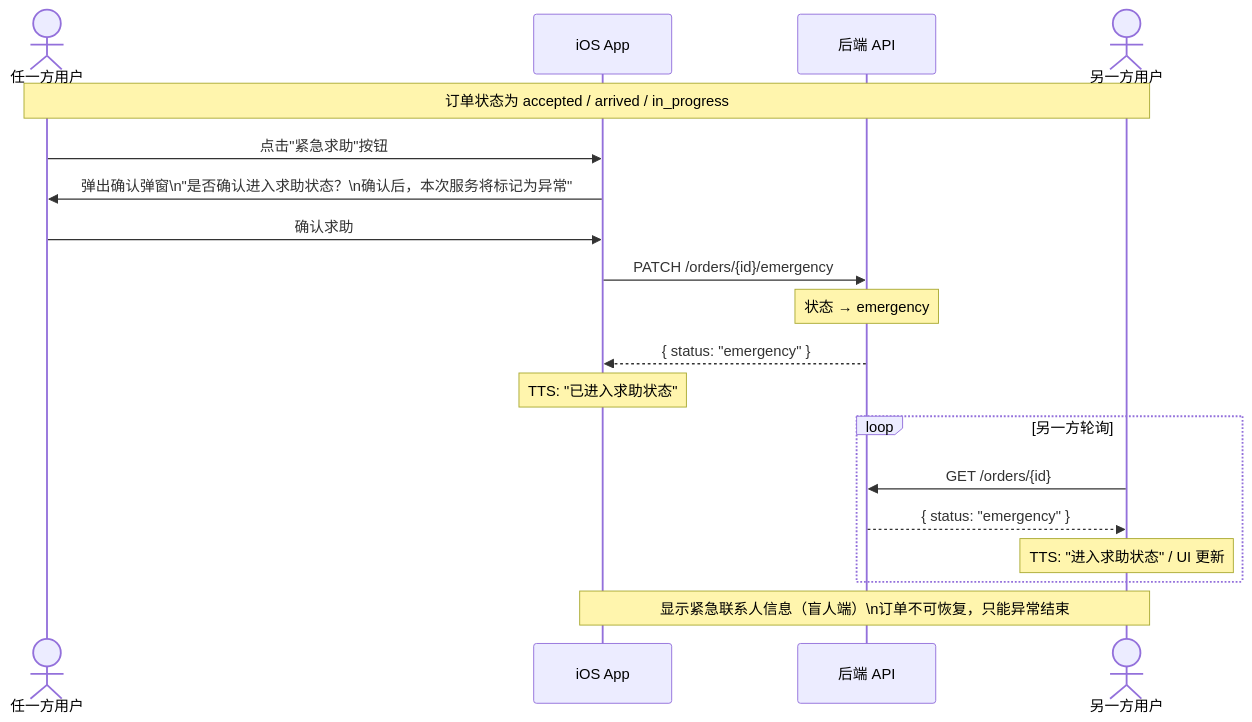
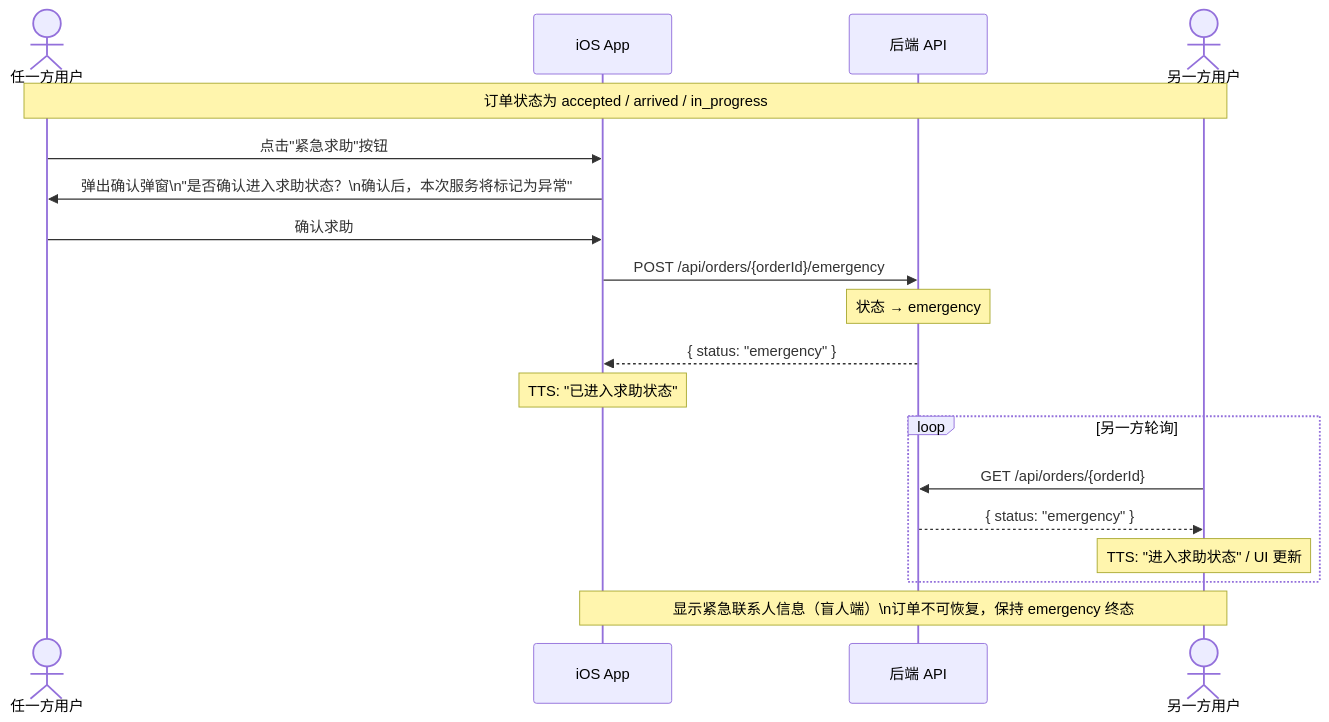
Before and after one commit to Jayden23018/blind-run-ios: the fifth of 7 diagrams in docs/04-user-flows-and-state-machine.md, drawn with Mermaid. The commit also changed other lines of this file and 8 other files, not shown here.

````diff
--- a/docs/04-user-flows-and-state-machine.md
+++ b/docs/04-user-flows-and-state-machine.md
@@ -234,26 +232,26 @@
 ```mermaid
 sequenceDiagram
     actor User as 任一方用户
     participant App as iOS App
     participant API as 后端 API
     actor Other as 另一方用户
 
     Note over User,Other: 订单状态为 accepted / arrived / in_progress
 
     User->>App: 点击"紧急求助"按钮
     App->>User: 弹出确认弹窗\n"是否确认进入求助状态？\n确认后，本次服务将标记为异常"
     User->>App: 确认求助
-    App->>API: PATCH /orders/{id}/emergency
+    App->>API: POST /api/orders/{orderId}/emergency
     Note over API: 状态 → emergency
     API-->>App: { status: "emergency" }
 
     Note over App: TTS: "已进入求助状态"
 
     loop 另一方轮询
-        Other->>API: GET /orders/{id}
+        Other->>API: GET /api/orders/{orderId}
         API-->>Other: { status: "emergency" }
         Note over Other: TTS: "进入求助状态" / UI 更新
     end
 
-    Note over App,Other: 显示紧急联系人信息（盲人端）\n订单不可恢复，只能异常结束
+    Note over App,Other: 显示紧急联系人信息（盲人端）\n订单不可恢复，保持 emergency 终态
 ```
````
